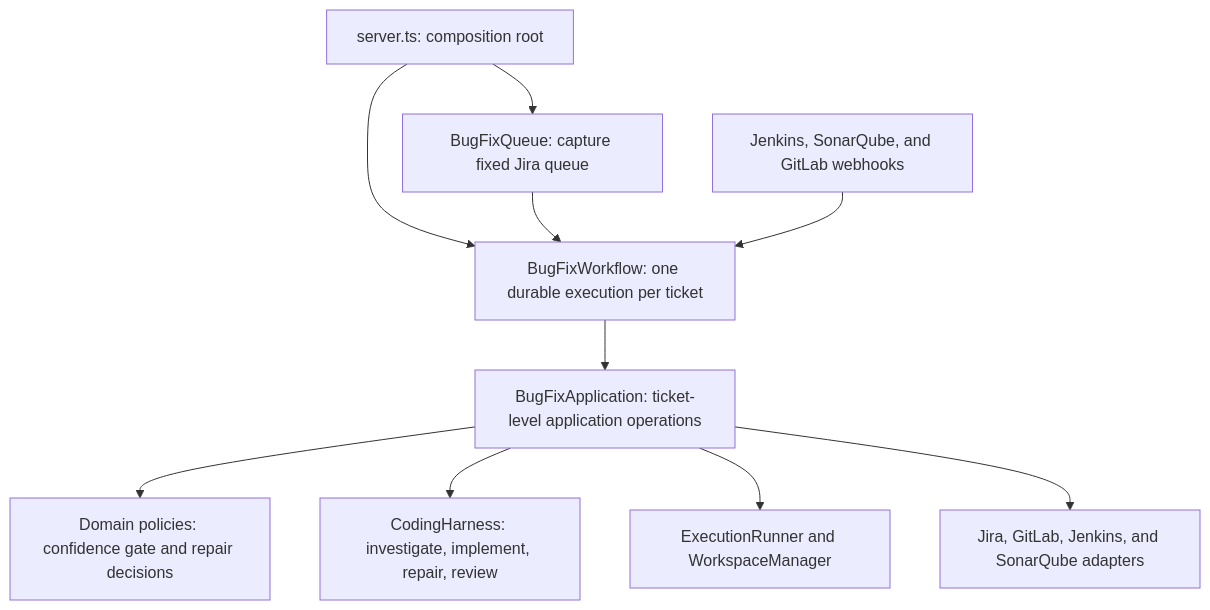
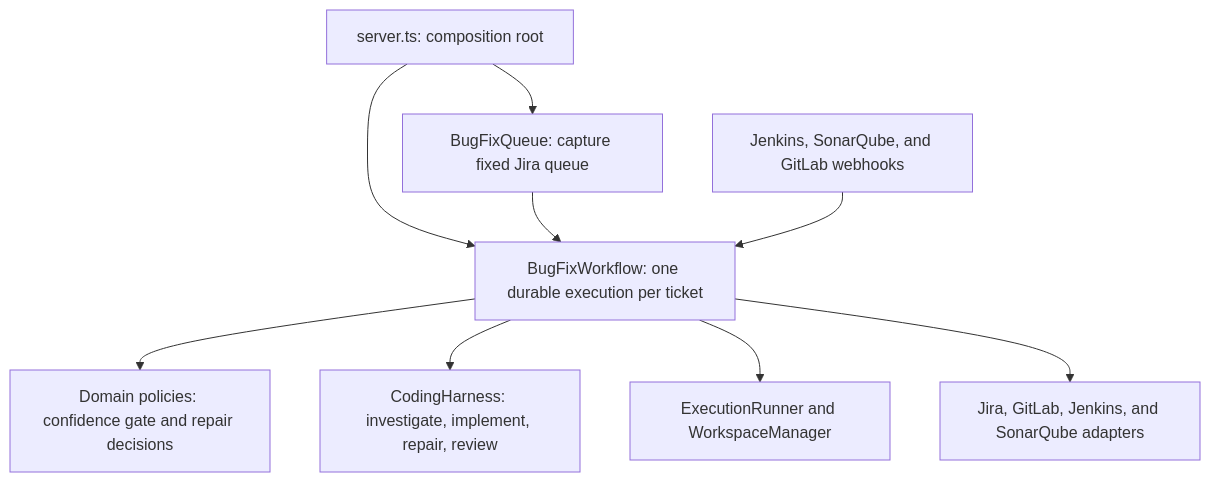
Before and after one commit to jhoogstraat/ticket-bot: the diagram in docs/code-tour.md, drawn with Mermaid. The commit also changed other lines of this file and 25 other files, not shown here.

````diff
--- a/docs/code-tour.md
+++ b/docs/code-tour.md
@@ -7,22 +7,20 @@
 ```mermaid
 flowchart TD
     Server["server.ts: composition root"]
     Queue["BugFixQueue: capture fixed Jira queue"]
     Workflow["BugFixWorkflow: one durable execution per ticket"]
-    Service["BugFixApplication: ticket-level application operations"]
     Domain["Domain policies: confidence gate and repair decisions"]
     Harness["CodingHarness: investigate, implement, repair, review"]
     Runner["ExecutionRunner and WorkspaceManager"]
     Adapters["Jira, GitLab, Jenkins, and SonarQube adapters"]
     Callbacks["Jenkins, SonarQube, and GitLab webhooks"]
 
     Server --> Queue
     Server --> Workflow
     Queue --> Workflow
-    Workflow --> Service
-    Service --> Domain
-    Service --> Harness
-    Service --> Runner
-    Service --> Adapters
+    Workflow --> Domain
+    Workflow --> Harness
+    Workflow --> Runner
+    Workflow --> Adapters
     Callbacks --> Workflow
 ```
````
